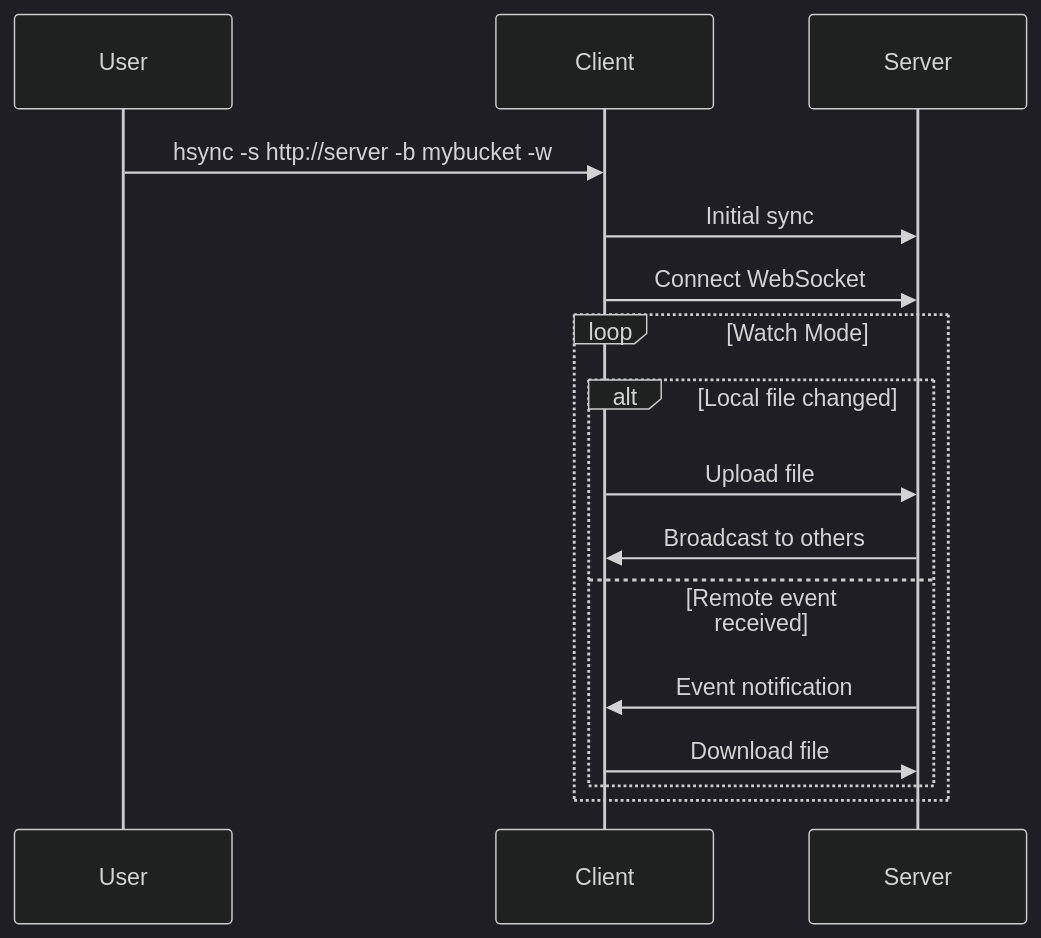
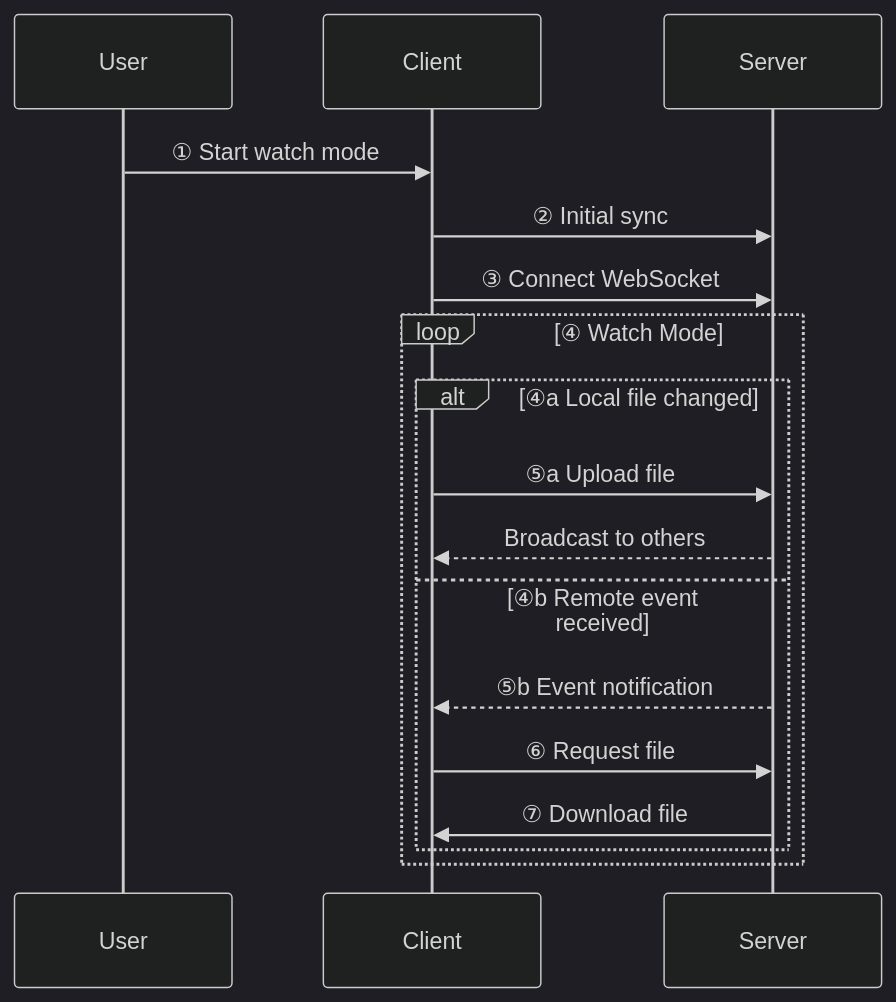
The fourth of 6 diagrams in docs/usage.md (albertsdk/hsync-client), drawn with Mermaid (dark theme) before and after one commit. The commit also changed other lines of this file and 21 other files, not shown here.

First line of the commit message:
Add numbered phases to documentation diagrams

````diff
--- a/docs/usage.md
+++ b/docs/usage.md
@@ -100,20 +100,21 @@
 ```mermaid
 sequenceDiagram
     participant U as User
     participant C as Client
     participant S as Server
 
-    U->>C: hsync -s http://server -b mybucket -w
-    C->>S: Initial sync
-    C->>S: Connect WebSocket
+    U->>C: ① Start watch mode
+    C->>S: ② Initial sync
+    C->>S: ③ Connect WebSocket
 
-    loop Watch Mode
-        alt Local file changed
-            C->>S: Upload file
-            S->>C: Broadcast to others
-        else Remote event received
-            S->>C: Event notification
-            C->>S: Download file
+    loop ④ Watch Mode
+        alt ④a Local file changed
+            C->>S: ⑤a Upload file
+            S-->>C: Broadcast to others
+        else ④b Remote event received
+            S-->>C: ⑤b Event notification
+            C->>S: ⑥ Request file
+            S->>C: ⑦ Download file
         end
     end
 ```
````
